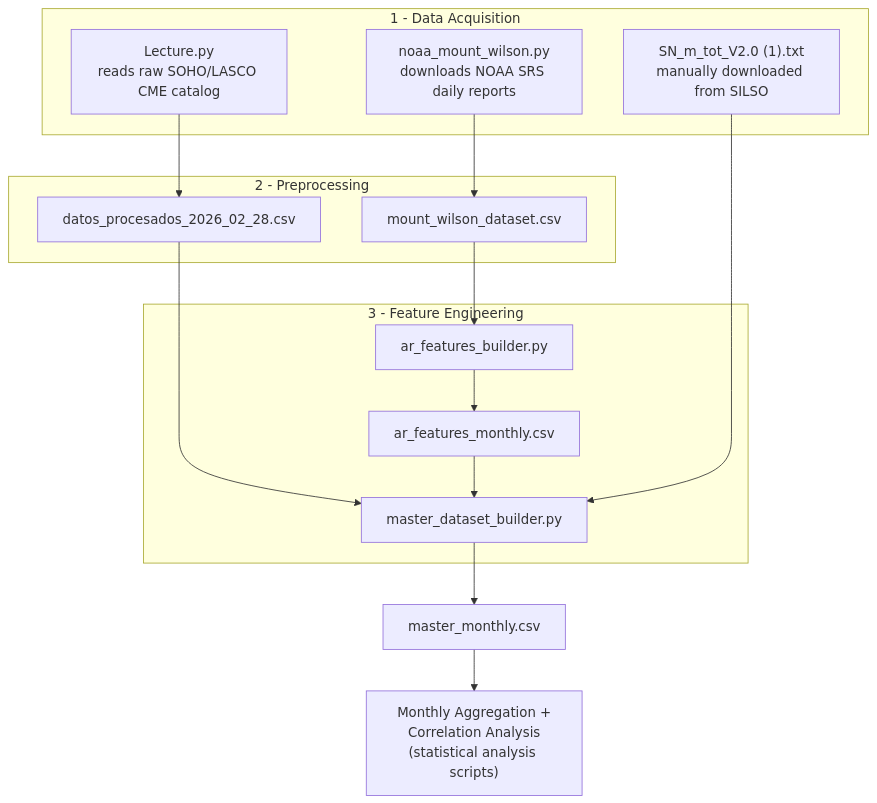
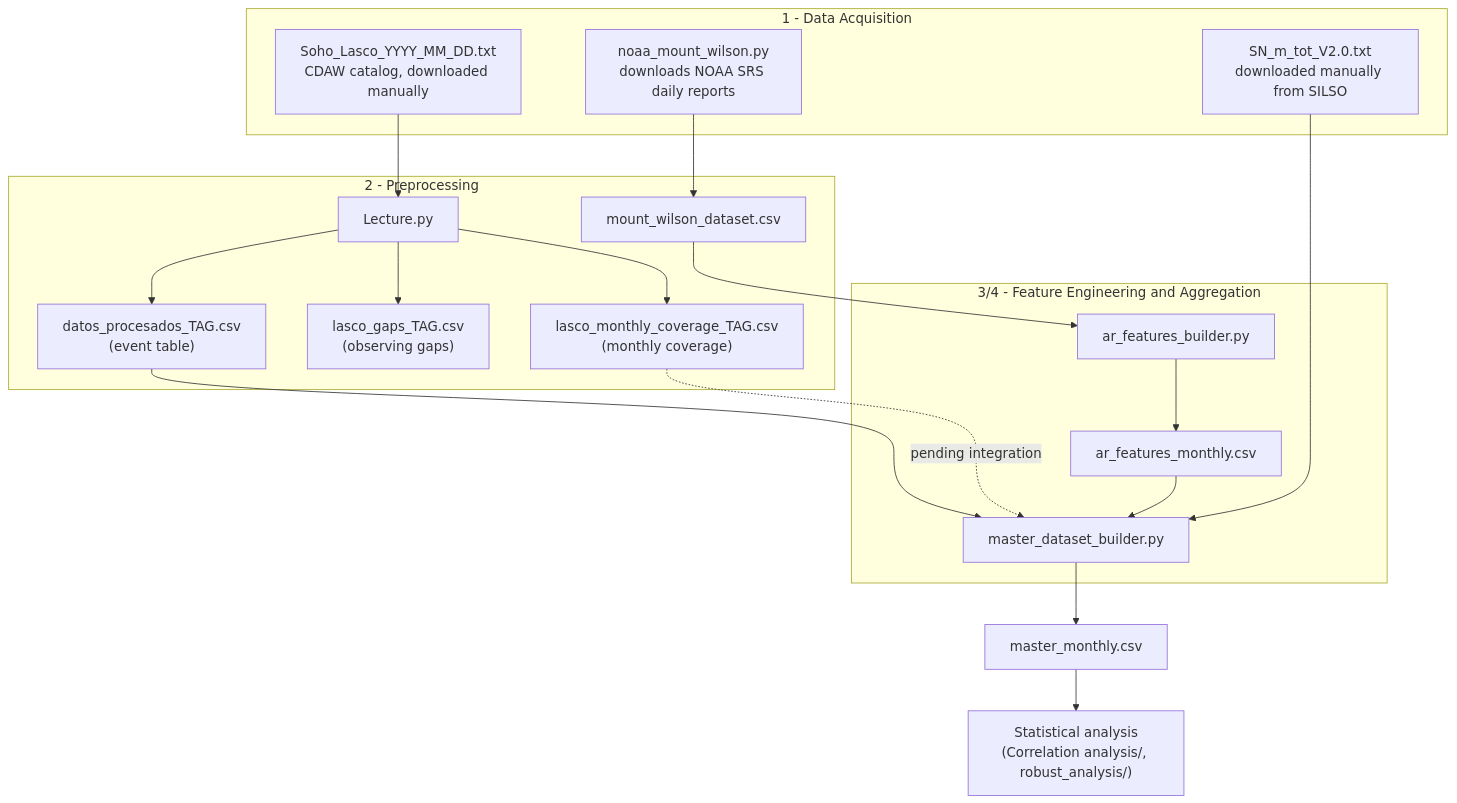
Before and after one commit to JuanAnarch7/Assessing-the-Modulation-of-CME-Occurrence-Rates-by-Active-Region-Magnetic-Complexity: the diagram in Data/README.md, drawn with Mermaid. The commit also changed other lines of this file, not shown here.

````diff
--- a/Data/README.md
+++ b/Data/README.md
@@ -21,30 +23,37 @@
 ```mermaid
 flowchart TD
     subgraph ACQ["1 - Data Acquisition"]
-        L0["Lecture.py<br/>reads raw SOHO/LASCO CME catalog"]
+        RAW["Soho_Lasco_YYYY_MM_DD.txt<br/>CDAW catalog, downloaded manually"]
         N0["noaa_mount_wilson.py<br/>downloads NOAA SRS daily reports"]
-        SN["SN_m_tot_V2.0 (1).txt<br/>manually downloaded from SILSO"]
+        SN["SN_m_tot_V2.0.txt<br/>downloaded manually from SILSO"]
     end
 
     subgraph PRE["2 - Preprocessing"]
-        L1["datos_procesados_2026_02_28.csv"]
+        L0["Lecture.py"]
+        L1["datos_procesados_TAG.csv<br/>(event table)"]
+        L2["lasco_gaps_TAG.csv<br/>(observing gaps)"]
+        L3["lasco_monthly_coverage_TAG.csv<br/>(monthly coverage)"]
         N1["mount_wilson_dataset.csv"]
     end
 
-    subgraph FEAT["3 - Feature Engineering"]
+    subgraph FEAT["3/4 - Feature Engineering and Aggregation"]
         AR["ar_features_builder.py"]
         AR1["ar_features_monthly.csv"]
         MDB["master_dataset_builder.py"]
     end
 
     OUT["master_monthly.csv"]
-    NEXT["Monthly Aggregation +\nCorrelation Analysis\n(statistical analysis scripts)"]
+    NEXT["Statistical analysis<br/>(Correlation analysis/, robust_analysis/)"]
 
+    RAW --> L0
     L0 --> L1
+    L0 --> L2
+    L0 --> L3
     N0 --> N1
     N1 --> AR --> AR1
     L1 --> MDB
+    L3 -. "pending integration" .-> MDB
     AR1 --> MDB
     SN --> MDB
     MDB --> OUT --> NEXT
 ```
````
